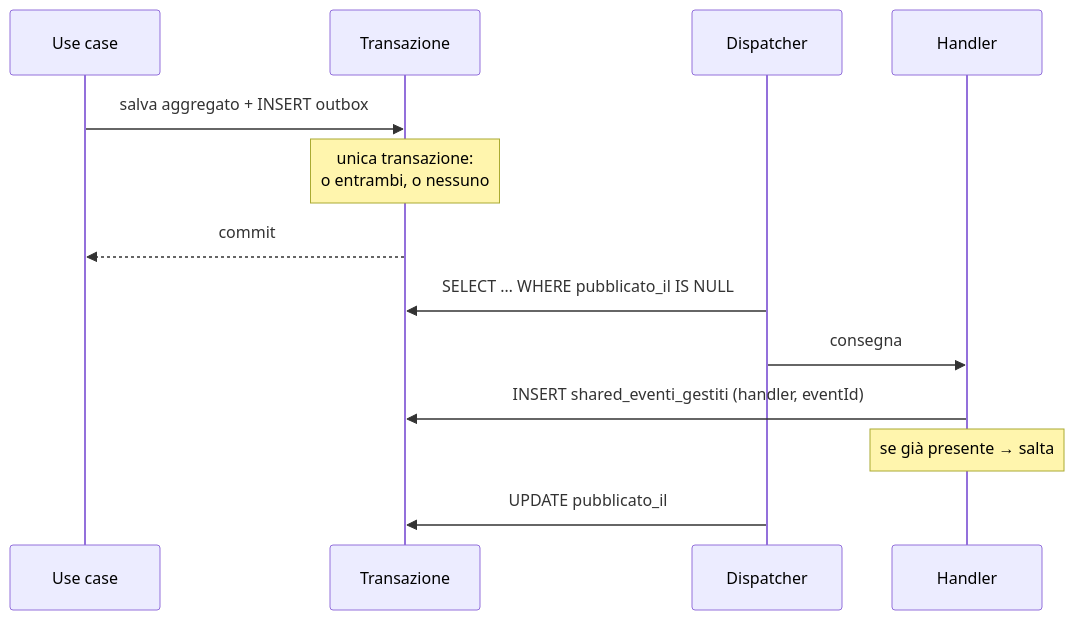
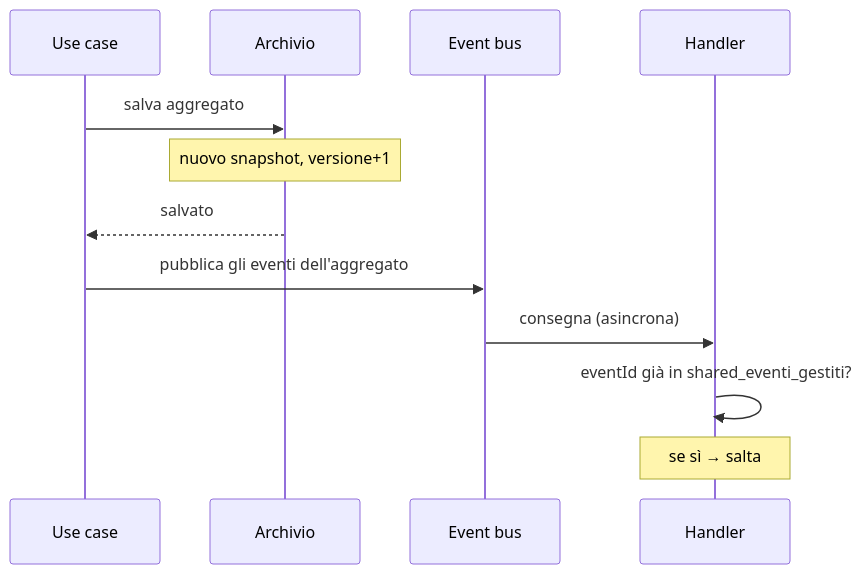
Before and after one commit to filippocazzarolli/class-roster: the diagram in doc/architecture.md, drawn with Mermaid. The commit also changed other lines of this file and 4 other files, not shown here.

````diff
--- a/doc/architecture.md
+++ b/doc/architecture.md
@@ -451,16 +545,15 @@
 ```mermaid
 sequenceDiagram
     participant UC as Use case
-    participant DB as Transazione
-    participant D as Dispatcher
+    participant A as Archivio
+    participant B as Event bus
     participant H as Handler
 
-    UC->>DB: salva aggregato + INSERT outbox
-    Note over DB: unica transazione:<br/>o entrambi, o nessuno
-    DB-->>UC: commit
-    D->>DB: SELECT … WHERE pubblicato_il IS NULL
-    D->>H: consegna
-    H->>DB: INSERT shared_eventi_gestiti (handler, eventId)
-    Note over H: se già presente → salta
-    D->>DB: UPDATE pubblicato_il
+    UC->>A: salva aggregato
+    Note over A: nuovo snapshot, versione+1
+    A-->>UC: salvato
+    UC->>B: pubblica gli eventi dell'aggregato
+    B->>H: consegna (asincrona)
+    H->>H: eventId già in shared_eventi_gestiti?
+    Note over H: se sì → salta
 ```
````
